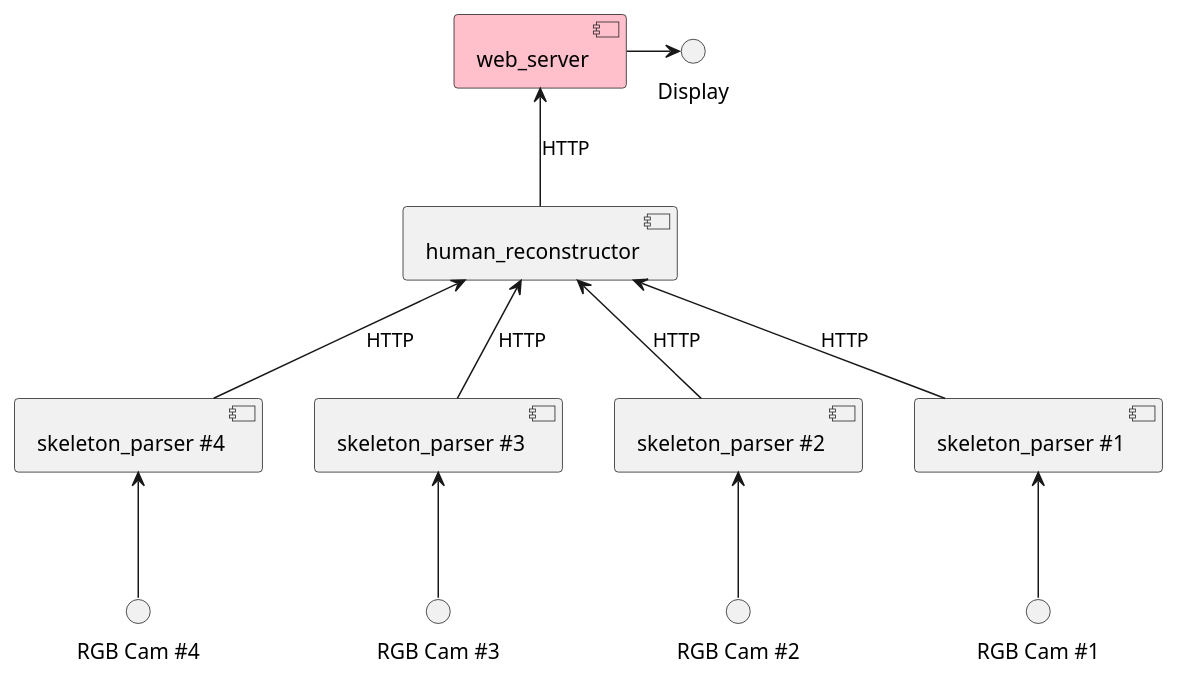
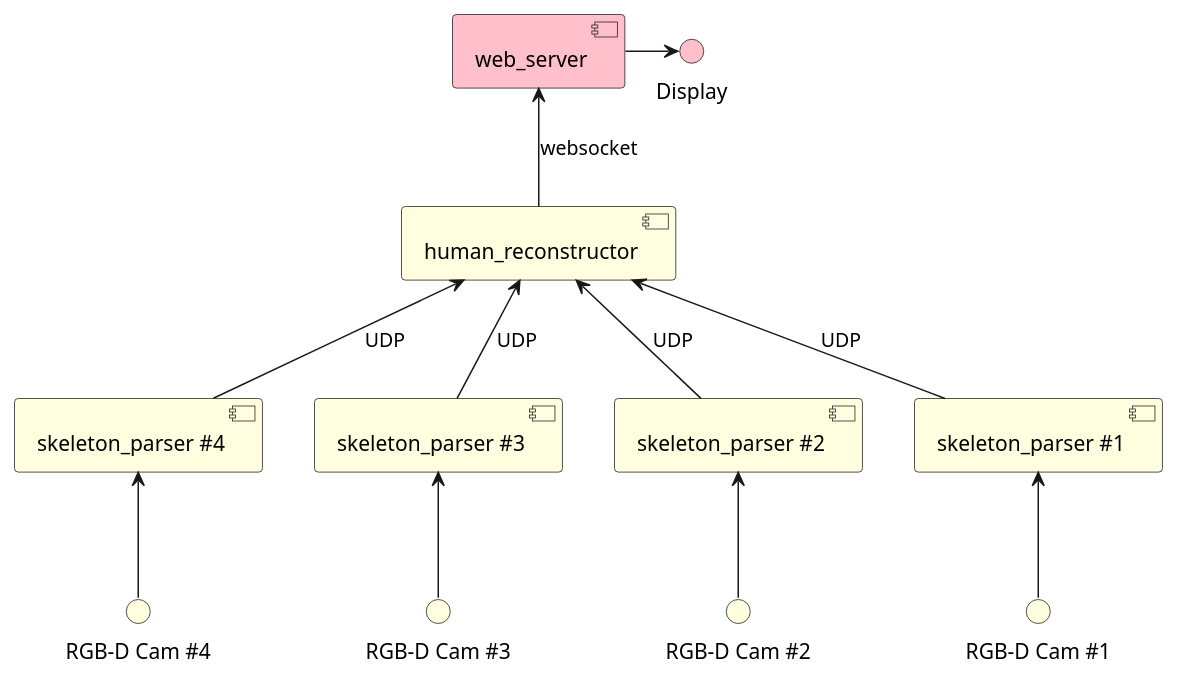
One commit to taemin-hwang/seamless-mocap changed the diagram in doc/uml/main.puml. Above: the diagram before and after it, drawn with PlantUML. The commit also changed 1 other file, not shown here.

```diff
--- a/doc/uml/main.puml
+++ b/doc/uml/main.puml
@@ -1,28 +1,28 @@
 @startuml overview
 
-component "skeleton_parser #1" as sp1
-component "skeleton_parser #2" as sp2
-component "skeleton_parser #3" as sp3
-component "skeleton_parser #4" as sp4
-component human_reconstructor
+component "skeleton_parser #1" as sp1 #LightYellow
+component "skeleton_parser #2" as sp2 #LightYellow
+component "skeleton_parser #3" as sp3 #LightYellow
+component "skeleton_parser #4" as sp4 #LightYellow
+component human_reconstructor #LightYellow
 component web_server #pink
 
-() "RGB Cam #1" as cam1
-() "RGB Cam #2" as cam2
-() "RGB Cam #3" as cam3
-() "RGB Cam #4" as cam4
-() "Display" as display
+() "RGB-D Cam #1" as cam1 #LightYellow
+() "RGB-D Cam #2" as cam2 #LightYellow
+() "RGB-D Cam #3" as cam3 #LightYellow
+() "RGB-D Cam #4" as cam4 #LightYellow
+() "Display" as display #pink
 
 cam1 -up-> sp1
-sp1 -up-> human_reconstructor : HTTP
+sp1 -up-> human_reconstructor : UDP
 cam2 -up-> sp2
-sp2 -up-> human_reconstructor : HTTP
+sp2 -up-> human_reconstructor : UDP
 cam3 -up-> sp3
-sp3 -up-> human_reconstructor : HTTP
+sp3 -up-> human_reconstructor : UDP
 cam4 -up-> sp4
-sp4 -up-> human_reconstructor : HTTP
+sp4 -up-> human_reconstructor : UDP
 
-human_reconstructor -up-> web_server : HTTP
+human_reconstructor -up-> web_server : websocket
 web_server -right-> display
 
 @enduml
```
